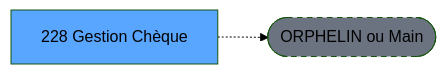
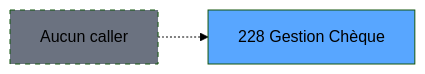
One commit to thonyAGP/magic-migration changed the second of 3 diagrams in .openspec/specs/ADH-IDE-228.md. Above: the diagram before and after it, drawn with Mermaid (forest theme). The commit also changed other lines of this file and 493 other files, not shown here.

````diff
--- a/.openspec/specs/ADH-IDE-228.md
+++ b/.openspec/specs/ADH-IDE-228.md
@@ -121,8 +109,8 @@
 ```mermaid
 graph LR
-    T[228 Gestion Chèque]
-    ORPHAN([ORPHELIN ou Main])
-    T -.-> ORPHAN
-    style T fill:#58a6ff,color:#000
-    style ORPHAN fill:#6b7280,stroke-dasharray: 5 5
+    T228[228 Gestion Chèque]
+    style T228 fill:#58a6ff
+    NONE[Aucun caller]
+    NONE -.-> T228
+    style NONE fill:#6b7280,stroke-dasharray: 5 5
 ```
````
